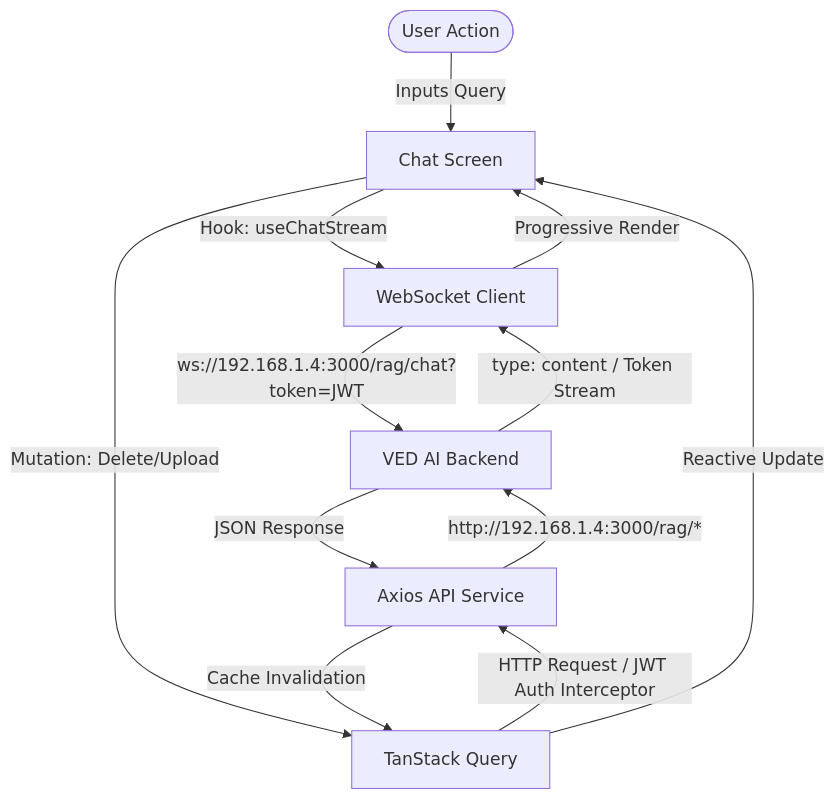
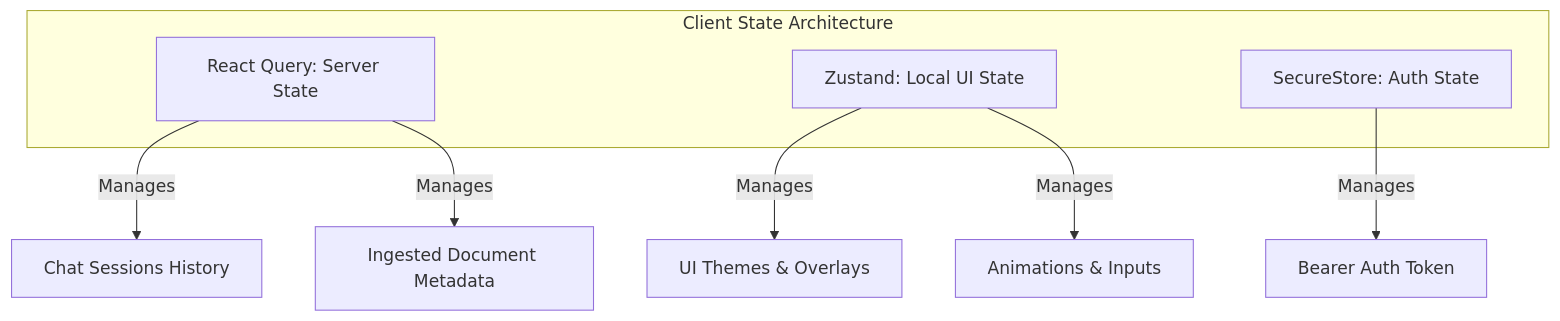
One commit to okaadyx/ved changed the fourth of 5 diagrams in README.md. Above: the diagram before and after it, drawn with Mermaid. The commit also changed other lines of this file and 136 other files, not shown here.

````diff
--- a/README.md
+++ b/README.md
@@ -20,17 +417,14 @@
 ```mermaid
 graph TD
-    User([User Action]) -->|Inputs Query| Screen[Chat Screen]
-    Screen -->|Hook: useChatStream| WS[WebSocket Client]
-    WS -->|ws://192.168.1.4:3000/rag/chat?token=JWT| Server[VED AI Backend]
-    
-    Server -->|type: content / Token Stream| WS
-    WS -->|Progressive Render| Screen
-    
-    Screen -->|Mutation: Delete/Upload| Query[TanStack Query]
-    Query -->|HTTP Request / JWT Auth Interceptor| API[Axios API Service]
-    API -->|http://192.168.1.4:3000/rag/*| Server
-    
-    Server -->|JSON Response| API
-    API -->|Cache Invalidation| Query
-    Query -->|Reactive Update| Screen
+    subgraph ClientState [Client State Architecture]
+        ReactQuery[React Query: Server State]
+        Zustand[Zustand: Local UI State]
+        Keychain[SecureStore: Auth State]
+    end
+
+    ReactQuery -->|Manages| ChatHistory[Chat Sessions History]
+    ReactQuery -->|Manages| DocList[Ingested Document Metadata]
+    Zustand -->|Manages| GlassThemes[UI Themes & Overlays]
+    Zustand -->|Manages| LoadingStates[Animations & Inputs]
+    Keychain -->|Manages| JWT[Bearer Auth Token]
 ```
````
